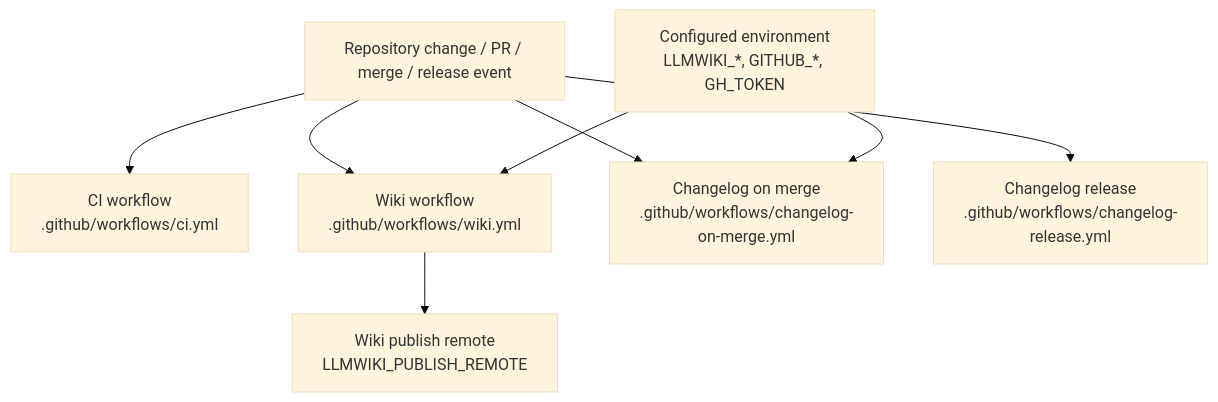
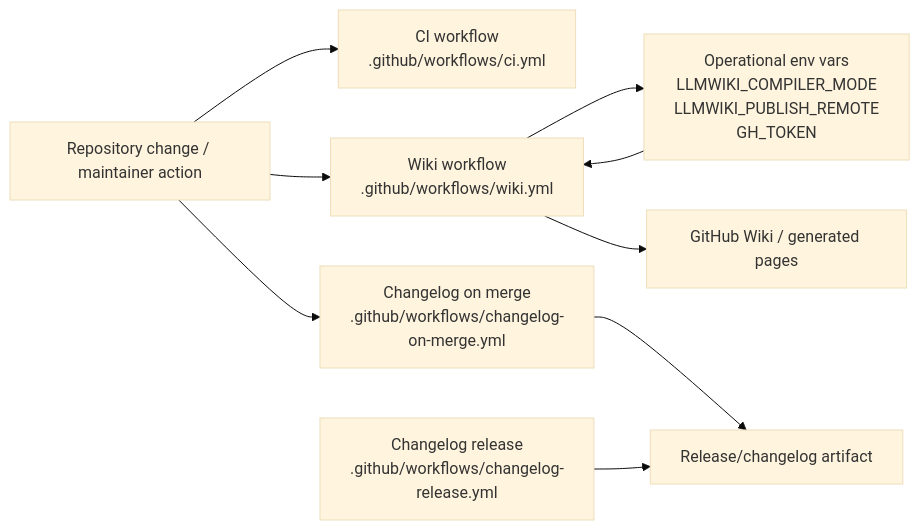
One commit to mfittko/repo-wiki changed the third of 3 diagrams in Architecture.md. Above: the diagram before and after it, drawn with Mermaid (base theme). The commit also changed other lines of this file and 46 other files, not shown here.

Commit message:
Compile repository wiki 2026-06-12T23:57:16.482Z

````diff
--- a/Architecture.md
+++ b/Architecture.md
@@ -256,18 +269,20 @@
 ```mermaid
-flowchart TD
-  Change["Repository change / PR / merge / release event"]
-  CI["CI workflow<br/>.github/workflows/ci.yml"]
-  Wiki["Wiki workflow<br/>.github/workflows/wiki.yml"]
-  ChangelogMerge["Changelog on merge<br/>.github/workflows/changelog-on-merge.yml"]
-  ChangelogRelease["Changelog release<br/>.github/workflows/changelog-release.yml"]
-  Env["Configured environment<br/>LLMWIKI_*, GITHUB_*, GH_TOKEN"]
-  WikiRemote["Wiki publish remote<br/>LLMWIKI_PUBLISH_REMOTE"]
+flowchart LR
+    Change["Repository change / maintainer action"]
+    CI["CI workflow<br/>.github/workflows/ci.yml"]
+    WikiWF["Wiki workflow<br/>.github/workflows/wiki.yml"]
+    ChangelogMerge["Changelog on merge<br/>.github/workflows/changelog-on-merge.yml"]
+    ChangelogRelease["Changelog release<br/>.github/workflows/changelog-release.yml"]
+    Env["Operational env vars<br/>LLMWIKI_COMPILER_MODE<br/>LLMWIKI_PUBLISH_REMOTE<br/>GH_TOKEN"]
+    Wiki["GitHub Wiki / generated pages"]
+    Release["Release/changelog artifact"]
 
-  Change --> CI
-  Change --> Wiki
-  Change --> ChangelogMerge
-  Change --> ChangelogRelease
-  Env --> Wiki
-  Env --> ChangelogMerge
-  Wiki --> WikiRemote
+    Change --> CI
+    Change --> WikiWF
+    Change --> ChangelogMerge
+    WikiWF --> Env
+    Env --> WikiWF
+    WikiWF --> Wiki
+    ChangelogMerge --> Release
+    ChangelogRelease --> Release
 ```
````
